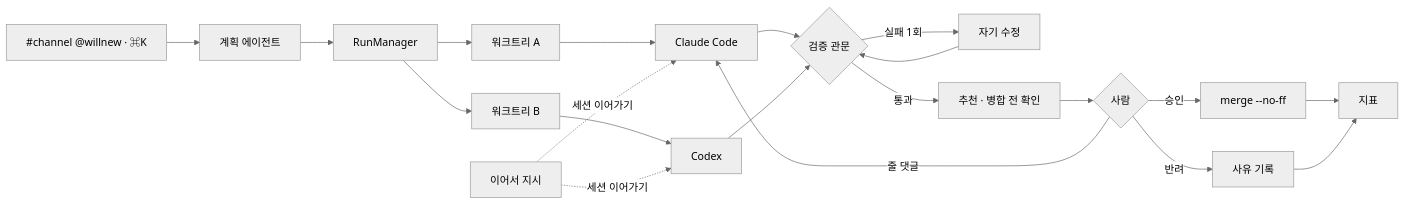
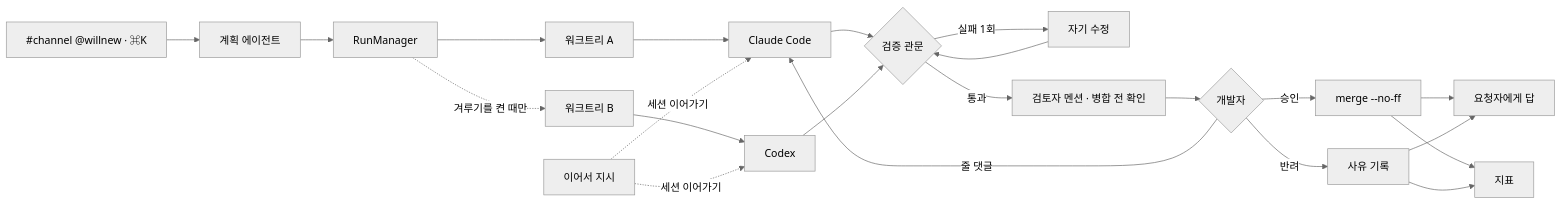
Before and after one commit to Haejyn/willnew: the diagram in README.md, drawn with Mermaid (neutral theme). The commit also changed other lines of this file and 1 other file, not shown here.

````diff
--- a/README.md
+++ b/README.md
@@ -113,15 +158,16 @@
 ```mermaid
 flowchart LR
     U["#channel @willnew · ⌘K"] --> TR["계획 에이전트"]
     TR --> RM["RunManager"]
     RM --> W1["워크트리 A"] --> A1["Claude Code"]
-    RM --> W2["워크트리 B"] --> A2["Codex"]
+    RM -. 겨루기를 켠 때만 .-> W2["워크트리 B"] --> A2["Codex"]
     H1["이어서 지시"] -. 세션 이어가기 .-> A1 & A2
     A1 & A2 --> V{"검증 관문"}
     V -->|실패 1회| R["자기 수정"] --> V
-    V -->|통과| S["추천 · 병합 전 확인"] --> H{"사람"}
+    V -->|통과| S["검토자 멘션 · 병합 전 확인"] --> H{"개발자"}
     H -->|줄 댓글| A1
     H -->|승인| M["merge --no-ff"]
     H -->|반려| X["사유 기록"]
+    M & X --> Q["요청자에게 답"]
     M & X --> K["지표"]
 ```
````
